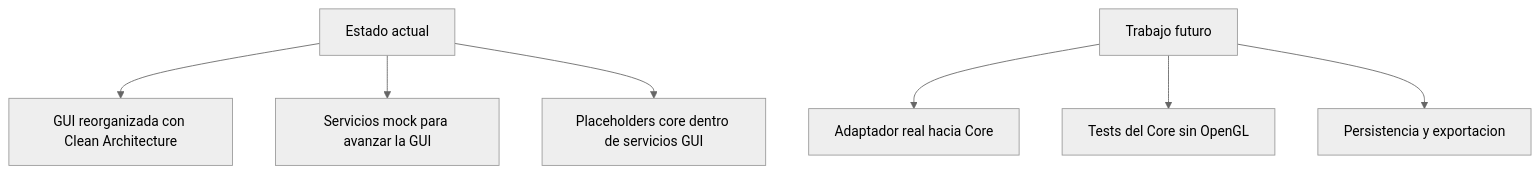
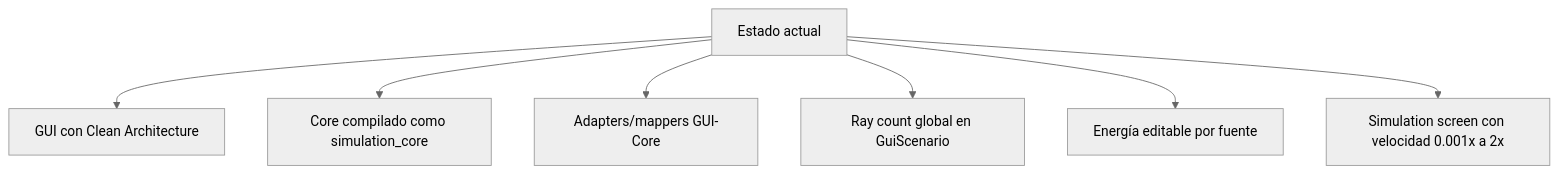
One commit to StivenJM/proyecto-simulacion changed the fifth of 5 diagrams in docs/architecture/system-design.md. Above: the diagram before and after it, drawn with Mermaid (neutral theme). The commit also changed other lines of this file and 12 other files, not shown here.

First line of the commit message:
docs: update integrated GUI-Core architecture documentation

````diff
--- a/docs/architecture/system-design.md
+++ b/docs/architecture/system-design.md
@@ -211,9 +236,9 @@
 ```mermaid
 flowchart TD
-    Current[Estado actual] --> GuiClean[GUI reorganizada con Clean Architecture]
-    Current --> MockServices[Servicios mock para avanzar la GUI]
-    Current --> CorePlaceholders[Placeholders core dentro de servicios GUI]
-    Future[Trabajo futuro] --> CoreAdapter[Adaptador real hacia Core]
-    Future --> CoreTests[Tests del Core sin OpenGL]
-    Future --> IO[Persistencia y exportacion]
+    Current[Estado actual] --> GuiClean[GUI con Clean Architecture]
+    Current --> CoreLib[Core compilado como simulation_core]
+    Current --> CoreAdapters[Adapters/mappers GUI-Core]
+    Current --> GlobalConfig[Ray count global en GuiScenario]
+    Current --> SourceEnergy[Energía editable por fuente]
+    Current --> SimulationView[Simulation screen con velocidad 0.001x a 2x]
 ```
````
